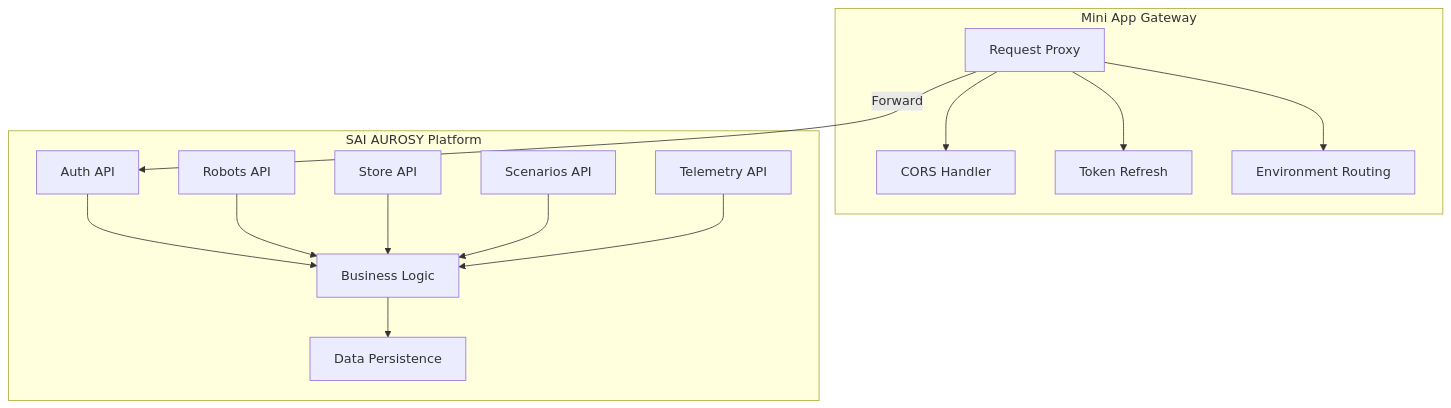
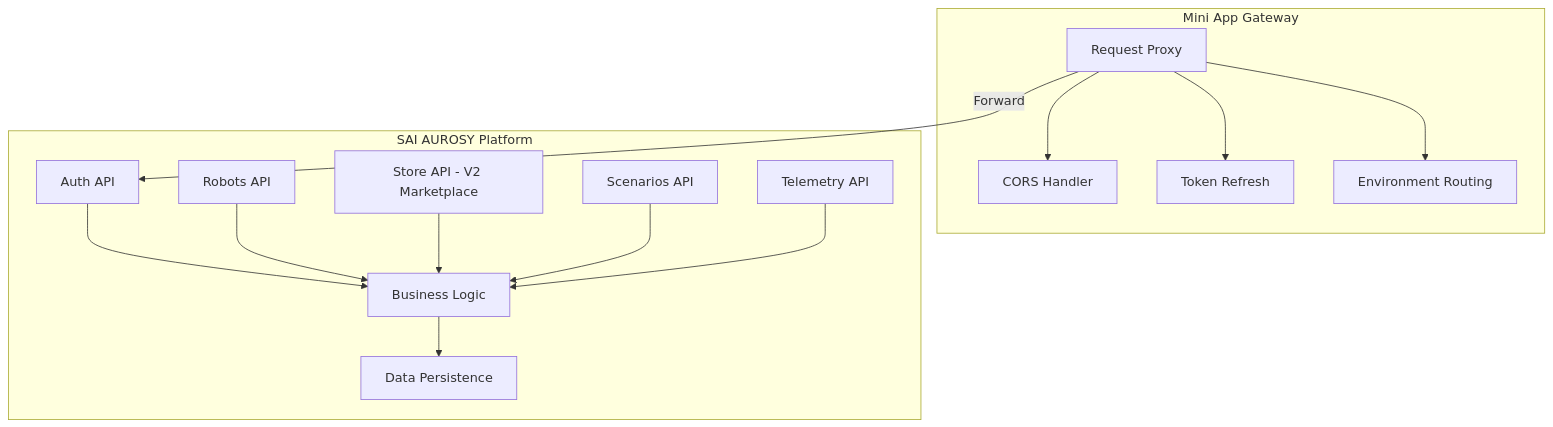
Before and after one commit to Saitosar/sai-aurosy-telegram-mini-app: the first of 2 diagrams in docs/architecture/backend-architecture.md, drawn with Mermaid. The commit also changed other lines of this file and 12 other files, not shown here.

Commit message:
Update documentation to clarify Store API status and integration details. Specify that V1 uses a mock store, while V2 will implement the Store API. Adjust references across multiple files to reflect these changes and improve clarity on platform interactions.

````diff
--- a/docs/architecture/backend-architecture.md
+++ b/docs/architecture/backend-architecture.md
@@ -19,30 +19,30 @@
 ```mermaid
 flowchart TB
     subgraph MiniAppGateway [Mini App Gateway]
         Proxy[Request Proxy]
         CORS[CORS Handler]
         TokenRefresh[Token Refresh]
         EnvRouting[Environment Routing]
     end
 
     subgraph Platform [SAI AUROSY Platform]
         AuthAPI[Auth API]
         RobotsAPI[Robots API]
-        StoreAPI[Store API]
+        StoreAPI[Store API - V2 Marketplace]
         ScenariosAPI[Scenarios API]
         TelemetryAPI[Telemetry API]
         BusinessLogic[Business Logic]
         DataPersistence[Data Persistence]
     end
 
     Proxy --> CORS
     Proxy --> TokenRefresh
     Proxy --> EnvRouting
     Proxy -->|"Forward"| AuthAPI
     AuthAPI --> BusinessLogic
     RobotsAPI --> BusinessLogic
     StoreAPI --> BusinessLogic
     ScenariosAPI --> BusinessLogic
     TelemetryAPI --> BusinessLogic
     BusinessLogic --> DataPersistence
 ```
````
